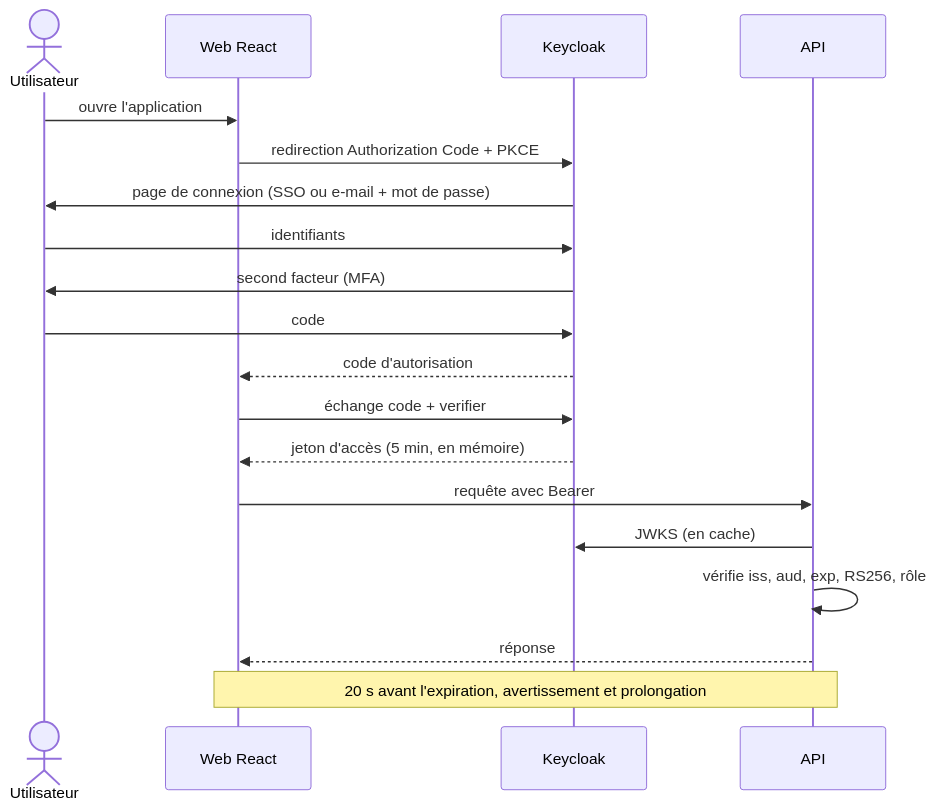
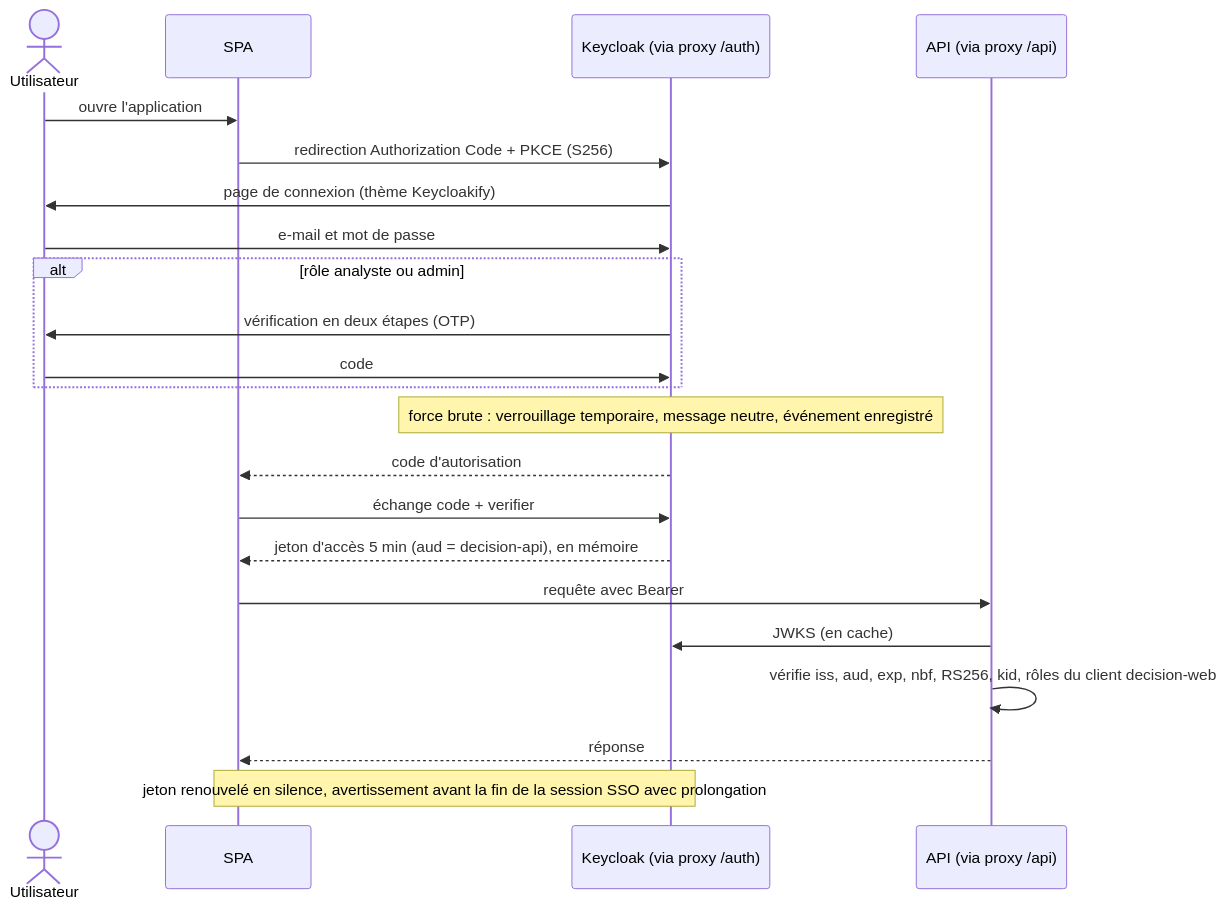
One commit to justefrank/decision-agent-IA changed the sixth of 13 diagrams in docs/DIAGRAMS.md. Above: the diagram before and after it, drawn with Mermaid. The commit also changed other lines of this file and 47 other files, not shown here.

First line of the commit message:
docs: passage en v5 (MVP, query_metric, citation par référence, évaluation sur le test seul, intégration Claude) et diagrammes re-rendus

````diff
--- a/docs/DIAGRAMS.md
+++ b/docs/DIAGRAMS.md
@@ -224,21 +296,24 @@
 ```mermaid
 sequenceDiagram
   actor U as Utilisateur
-  participant W as Web React
-  participant K as Keycloak
-  participant A as API
+  participant W as SPA
+  participant K as Keycloak (via proxy /auth)
+  participant A as API (via proxy /api)
   U->>W: ouvre l'application
-  W->>K: redirection Authorization Code + PKCE
-  K->>U: page de connexion (SSO ou e-mail + mot de passe)
-  U->>K: identifiants
-  K->>U: second facteur (MFA)
-  U->>K: code
+  W->>K: redirection Authorization Code + PKCE (S256)
+  K->>U: page de connexion (thème Keycloakify)
+  U->>K: e-mail et mot de passe
+  alt rôle analyste ou admin
+    K->>U: vérification en deux étapes (OTP)
+    U->>K: code
+  end
+  Note over K: force brute : verrouillage temporaire, message neutre, événement enregistré
   K-->>W: code d'autorisation
   W->>K: échange code + verifier
-  K-->>W: jeton d'accès (5 min, en mémoire)
+  K-->>W: jeton d'accès 5 min (aud = decision-api), en mémoire
   W->>A: requête avec Bearer
   A->>K: JWKS (en cache)
-  A->>A: vérifie iss, aud, exp, RS256, rôle
+  A->>A: vérifie iss, aud, exp, nbf, RS256, kid, rôles du client decision-web
   A-->>W: réponse
-  Note over W,A: 20 s avant l'expiration, avertissement et prolongation
+  Note over W,K: jeton renouvelé en silence, avertissement avant la fin de la session SSO avec prolongation
 ```
````
